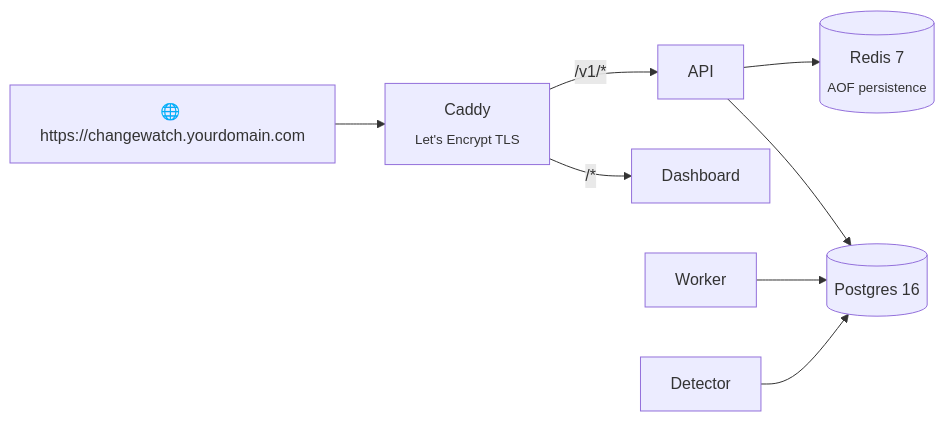
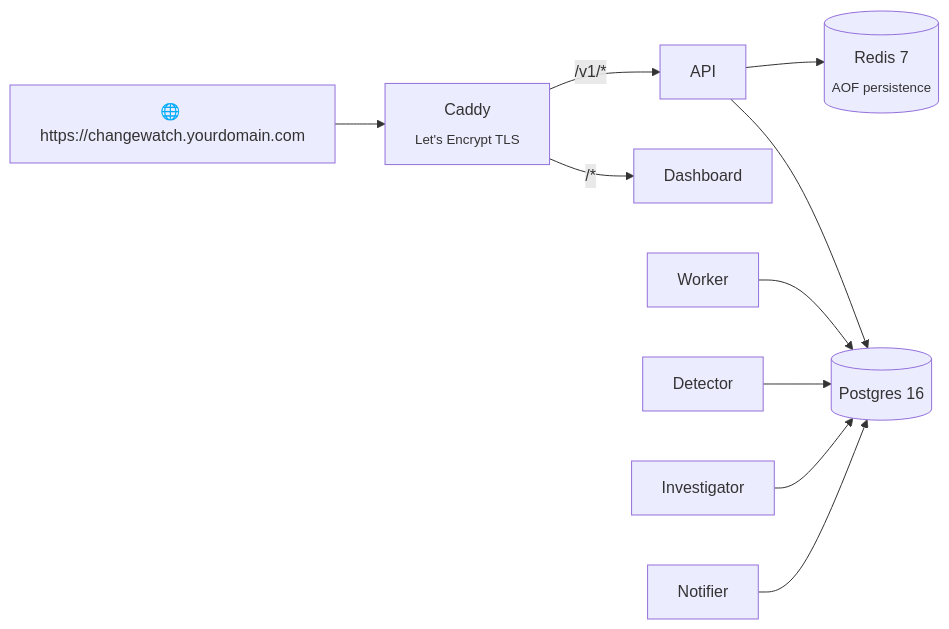
Before and after one commit to aarizbobbydeol/changewatch: the diagram in docs/SELF_HOSTING.md, drawn with Mermaid. The commit also changed other lines of this file and 18 other files, not shown here.

First line of the commit message:
fix: make the pipeline work end to end; add investigator and notifier services

````diff
--- a/docs/SELF_HOSTING.md
+++ b/docs/SELF_HOSTING.md
@@ -5,10 +5,12 @@
 ```mermaid
 flowchart LR
     U["🌐 https://changewatch.yourdomain.com"] --> C["Caddy<br/><sub>Let's Encrypt TLS</sub>"]
     C -- "/v1/*" --> API["API"]
     C -- "/*" --> DASH["Dashboard"]
     API --> R[("Redis 7<br/><sub>AOF persistence</sub>")]
     API --> P[("Postgres 16")]
     W["Worker"] --> P
     D["Detector"] --> P
+    I["Investigator"] --> P
+    N["Notifier"] --> P
 ```
````
